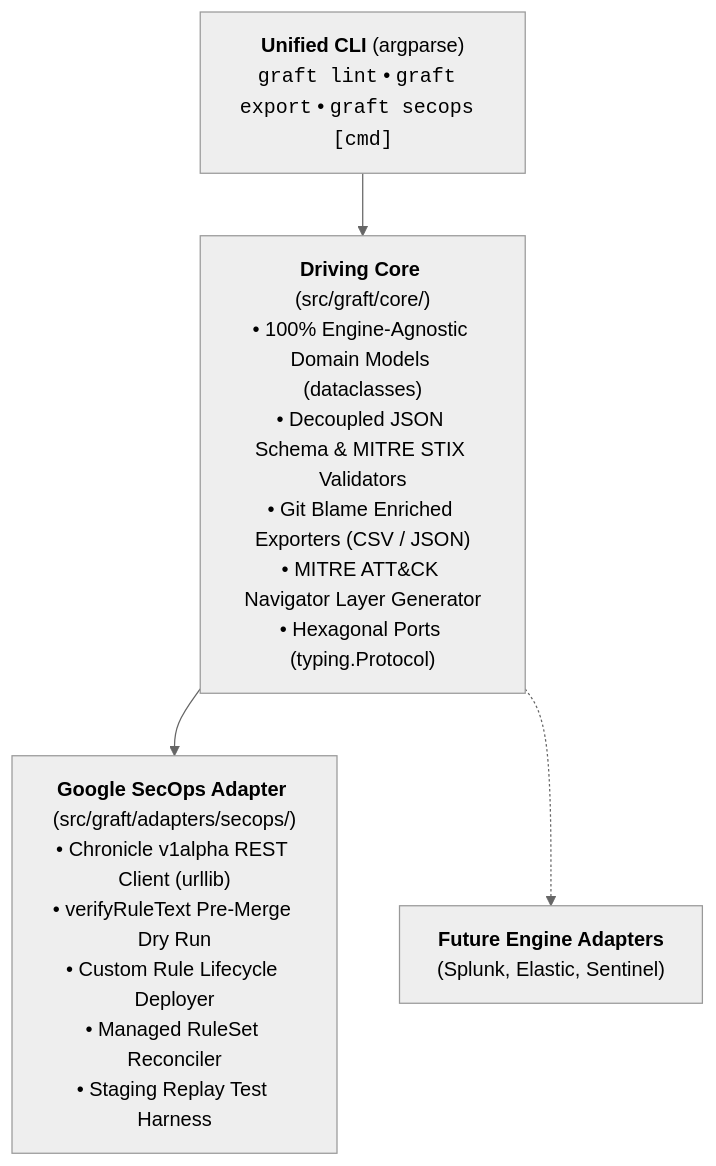
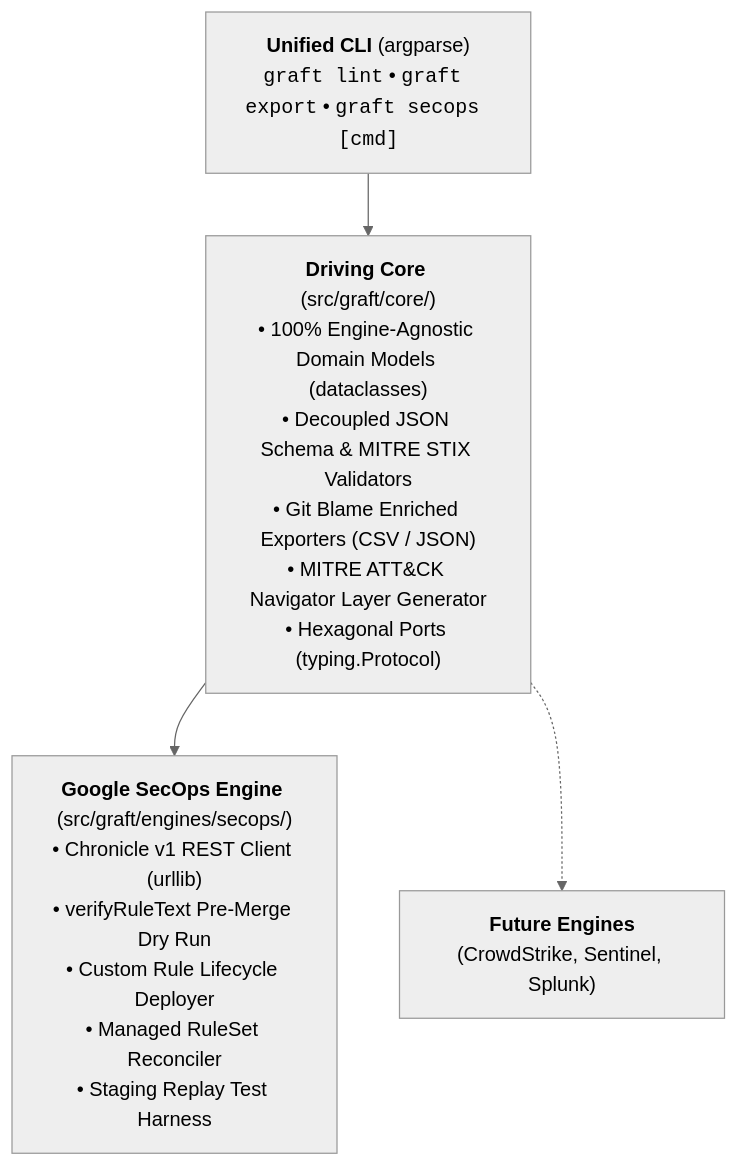
One commit to lopes/graft changed the diagram in README.md. Above: the diagram before and after it, drawn with Mermaid (neutral theme). The commit also changed other lines of this file and 17 other files, not shown here.

Commit message:
docs,governance: add comprehensive documentation suite, architecture diagrams, and repo governance

````diff
--- a/README.md
+++ b/README.md
@@ -36,11 +36,11 @@
 ```mermaid
 flowchart TD
     CLI["<b>Unified CLI</b> (argparse)<br/><code>graft lint</code> • <code>graft export</code> • <code>graft secops [cmd]</code>"]
     CORE["<b>Driving Core</b> (src/graft/core/)<br/>• 100% Engine-Agnostic Domain Models (dataclasses)<br/>• Decoupled JSON Schema & MITRE STIX Validators<br/>• Git Blame Enriched Exporters (CSV / JSON)<br/>• MITRE ATT&CK Navigator Layer Generator<br/>• Hexagonal Ports (typing.Protocol)"]
-    SECOPS["<b>Google SecOps Adapter</b> (src/graft/adapters/secops/)<br/>• Chronicle v1alpha REST Client (urllib)<br/>• verifyRuleText Pre-Merge Dry Run<br/>• Custom Rule Lifecycle Deployer<br/>• Managed RuleSet Reconciler<br/>• Staging Replay Test Harness"]
-    FUTURE["<b>Future Engine Adapters</b><br/>(Splunk, Elastic, Sentinel)"]
+    SECOPS["<b>Google SecOps Engine</b> (src/graft/engines/secops/)<br/>• Chronicle v1 REST Client (urllib)<br/>• verifyRuleText Pre-Merge Dry Run<br/>• Custom Rule Lifecycle Deployer<br/>• Managed RuleSet Reconciler<br/>• Staging Replay Test Harness"]
+    FUTURE["<b>Future Engines</b><br/>(CrowdStrike, Sentinel, Splunk)"]
 
     CLI --> CORE
     CORE --> SECOPS
     CORE -.-> FUTURE
 ```
````
